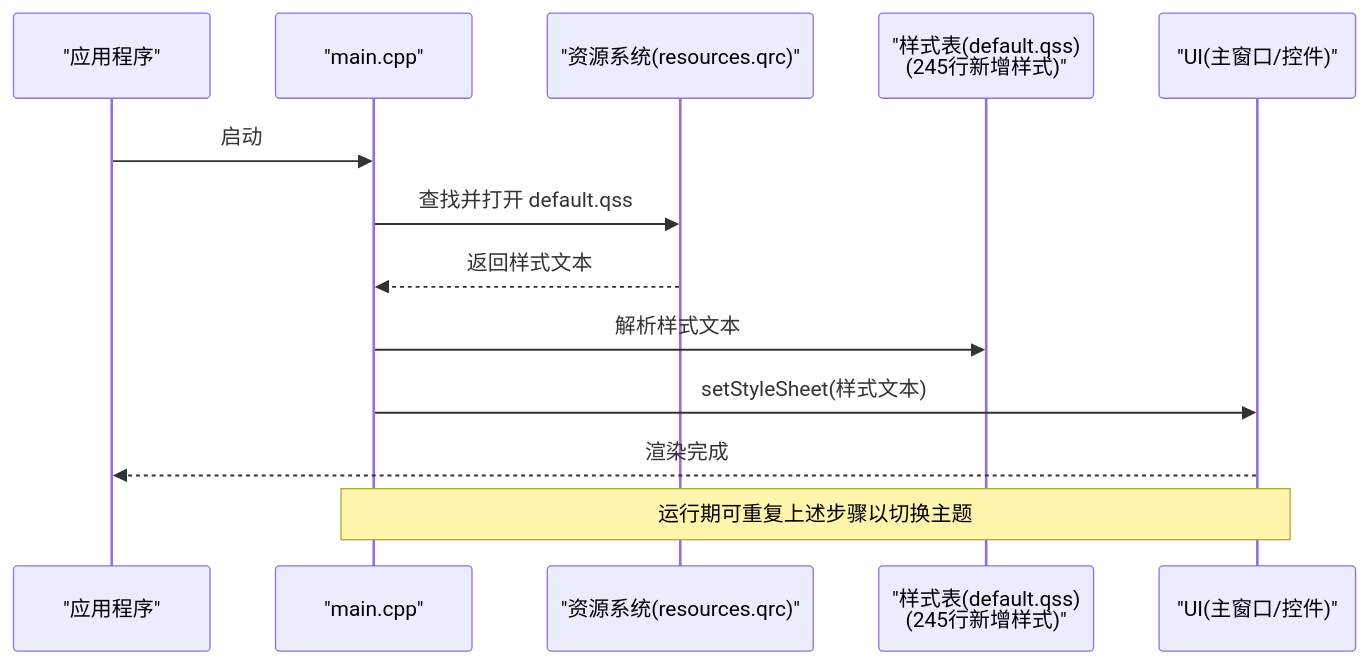
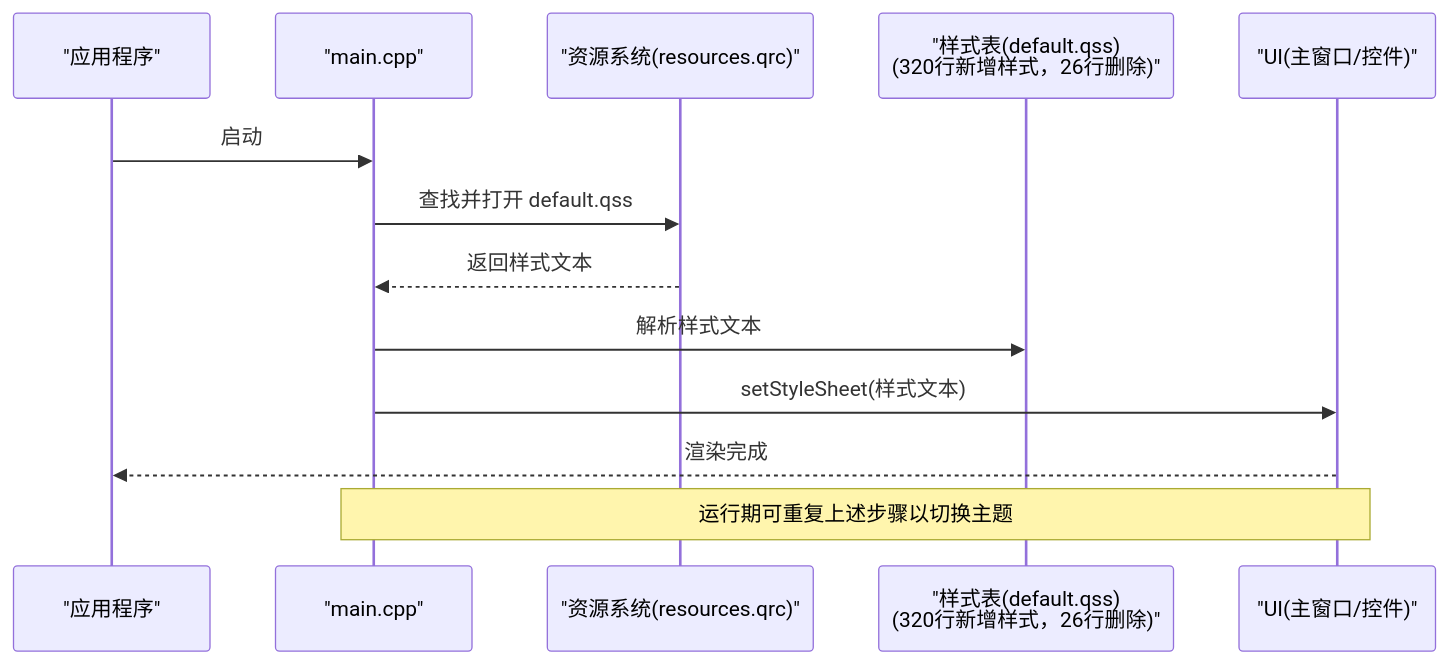
Before and after one commit to jakecai1225-design/OpenBus: the second of 4 diagrams in .qoder/repowiki/zh/content/样式系统.md, drawn with Mermaid. The commit also changed other lines of this file and 44 other files, not shown here.

````diff
--- a/.qoder/repowiki/zh/content/样式系统.md
+++ b/.qoder/repowiki/zh/content/样式系统.md
@@ -99,15 +99,15 @@
 ```mermaid
 sequenceDiagram
 participant App as "应用程序"
 participant Main as "main.cpp"
 participant Res as "资源系统(resources.qrc)"
-participant QSS as "样式表(default.qss)<br/>(245行新增样式)"
+participant QSS as "样式表(default.qss)<br/>(320行新增样式，26行删除)"
 participant UI as "UI(主窗口/控件)"
 App->>Main : 启动
 Main->>Res : 查找并打开 default.qss
 Res-->>Main : 返回样式文本
 Main->>QSS : 解析样式文本
 Main->>UI : setStyleSheet(样式文本)
 UI-->>App : 渲染完成
 Note over Main,UI : 运行期可重复上述步骤以切换主题
 ```
````
